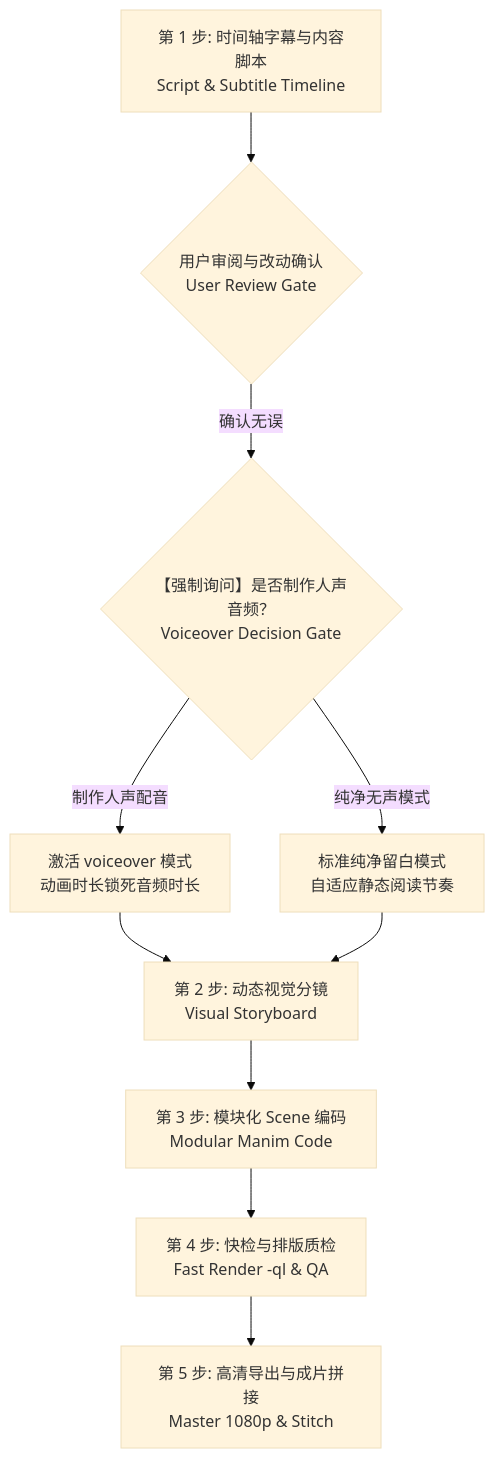
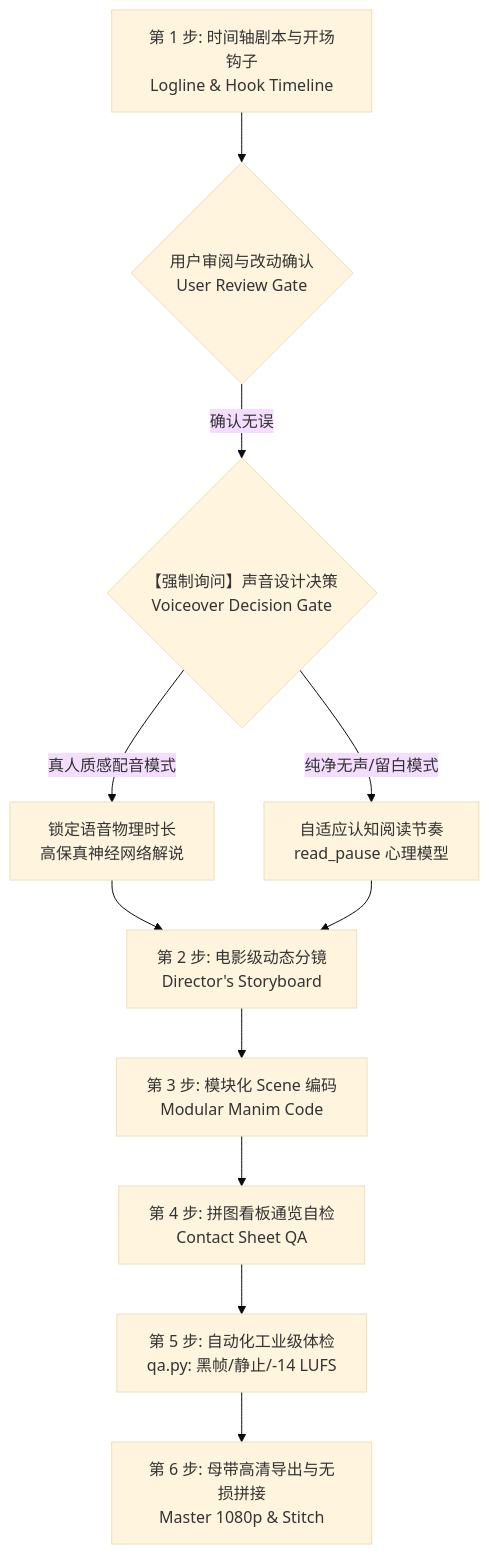
Before and after one commit to cha3343954211/Mathvideo-skill: the diagram in .agents/skills/manim-video/SKILL.md, drawn with Mermaid (base theme). The commit also changed other lines of this file and 21 other files, not shown here.

````diff
--- a/.agents/skills/manim-video/SKILL.md
+++ b/.agents/skills/manim-video/SKILL.md
@@ -24,12 +24,13 @@
 ```mermaid
 flowchart TD
-    Step1[第 1 步: 时间轴字幕与内容脚本<br/>Script & Subtitle Timeline] --> Gate{用户审阅与改动确认<br/>User Review Gate}
-    Gate -- 确认无误 --> AudioGate{【强制询问】是否制作人声音频？<br/>Voiceover Decision Gate}
-    AudioGate -- 制作人声配音 --> VoiceYes[激活 voiceover 模式<br/>动画时长锁死音频时长]
-    AudioGate -- 纯净无声模式 --> VoiceNo[标准纯净留白模式<br/>自适应静态阅读节奏]
-    VoiceYes --> Step2[第 2 步: 动态视觉分镜<br/>Visual Storyboard]
+    Step1[第 1 步: 时间轴剧本与开场钩子<br/>Logline & Hook Timeline] --> Gate{用户审阅与改动确认<br/>User Review Gate}
+    Gate -- 确认无误 --> AudioGate{【强制询问】声音设计决策<br/>Voiceover Decision Gate}
+    AudioGate -- 真人质感配音模式 --> VoiceYes[锁定语音物理时长<br/>高保真神经网络解说]
+    AudioGate -- 纯净无声/留白模式 --> VoiceNo[自适应认知阅读节奏<br/>read_pause 心理模型]
+    VoiceYes --> Step2[第 2 步: 电影级动态分镜<br/>Director's Storyboard]
     VoiceNo --> Step2
     Step2 --> Step3[第 3 步: 模块化 Scene 编码<br/>Modular Manim Code]
-    Step3 --> Step4[第 4 步: 快检与排版质检<br/>Fast Render -ql & QA]
-    Step4 --> Step5[第 5 步: 高清导出与成片拼接<br/>Master 1080p & Stitch]
+    Step3 --> Step4[第 4 步: 拼图看板通览自检<br/>Contact Sheet QA]
+    Step4 --> Step5[第 5 步: 自动化工业级体检<br/>qa.py: 黑帧/静止/-14 LUFS]
+    Step5 --> Step6[第 6 步: 母带高清导出与无损拼接<br/>Master 1080p & Stitch]
 ```
````
